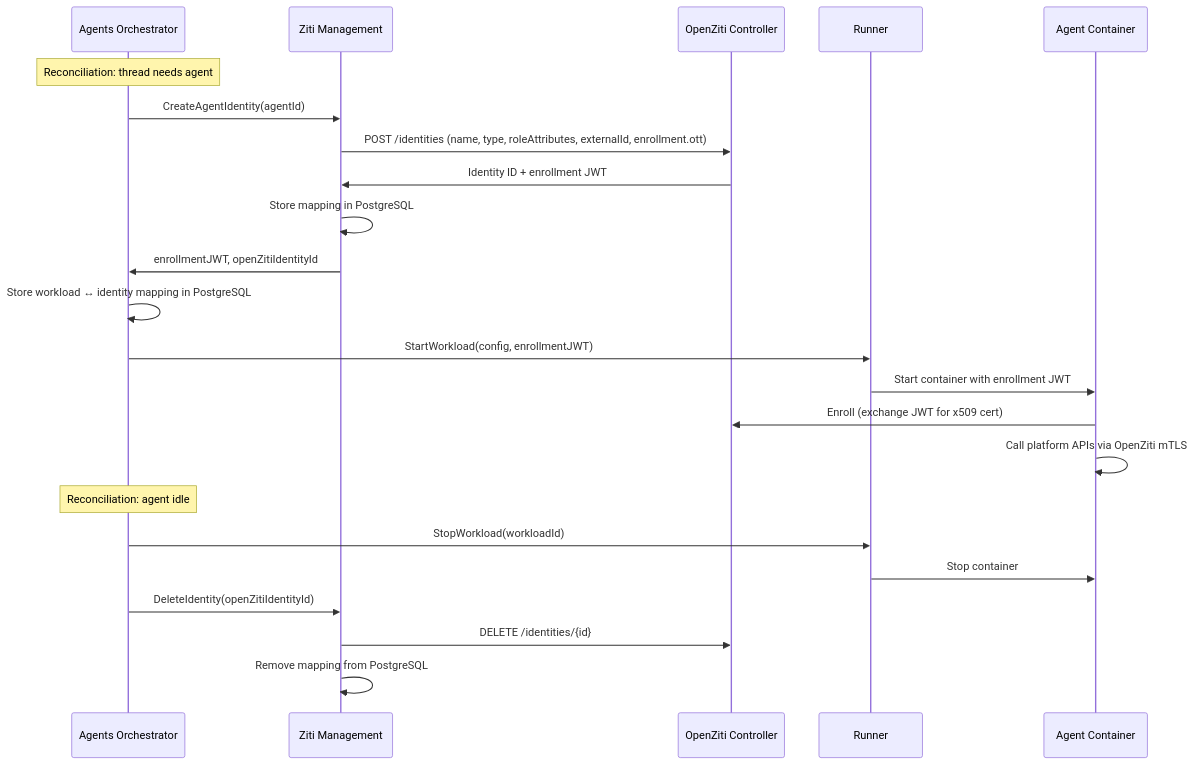
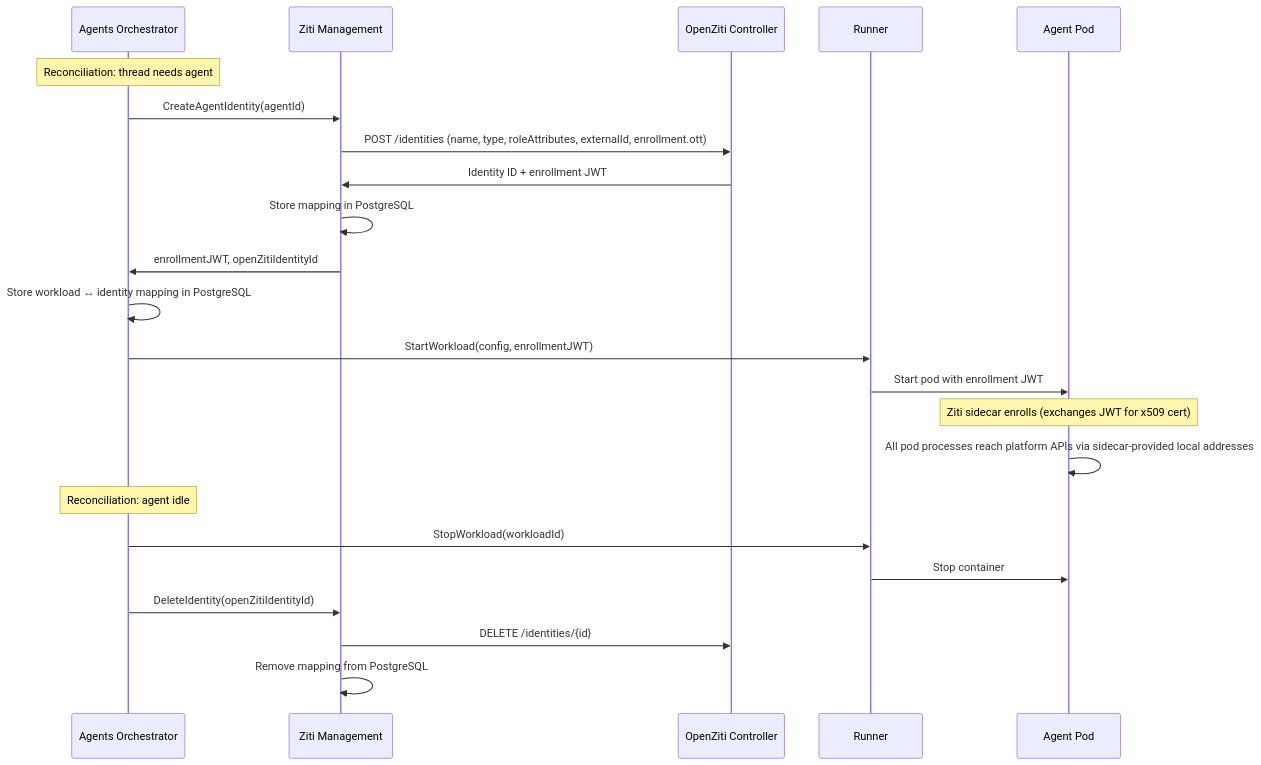
The first of 5 diagrams in architecture/openziti.md (agynio/architecture), drawn with Mermaid before and after one commit. The commit also changed other lines of this file and 11 other files, not shown here.

Commit message:
fix: document ziti sidecar model

````diff
--- a/architecture/openziti.md
+++ b/architecture/openziti.md
@@ -98,27 +102,27 @@
 ```mermaid
 sequenceDiagram
     participant O as Agents Orchestrator
     participant ZM as Ziti Management
     participant ZC as OpenZiti Controller
     participant R as Runner
-    participant A as Agent Container
+    participant A as Agent Pod
 
     Note over O: Reconciliation: thread needs agent
     O->>ZM: CreateAgentIdentity(agentId)
     ZM->>ZC: POST /identities (name, type, roleAttributes, externalId, enrollment.ott)
     ZC->>ZM: Identity ID + enrollment JWT
     ZM->>ZM: Store mapping in PostgreSQL
     ZM->>O: enrollmentJWT, openZitiIdentityId
     O->>O: Store workload ↔ identity mapping in PostgreSQL
     O->>R: StartWorkload(config, enrollmentJWT)
-    R->>A: Start container with enrollment JWT
-    A->>ZC: Enroll (exchange JWT for x509 cert)
-    A->>A: Call platform APIs via OpenZiti mTLS
+    R->>A: Start pod with enrollment JWT
+    Note over A: Ziti sidecar enrolls (exchanges JWT for x509 cert)
+    A->>A: All pod processes reach platform APIs via sidecar-provided local addresses
 
     Note over O: Reconciliation: agent idle
     O->>R: StopWorkload(workloadId)
     R->>A: Stop container
     O->>ZM: DeleteIdentity(openZitiIdentityId)
     ZM->>ZC: DELETE /identities/{id}
     ZM->>ZM: Remove mapping from PostgreSQL
 ```
````
